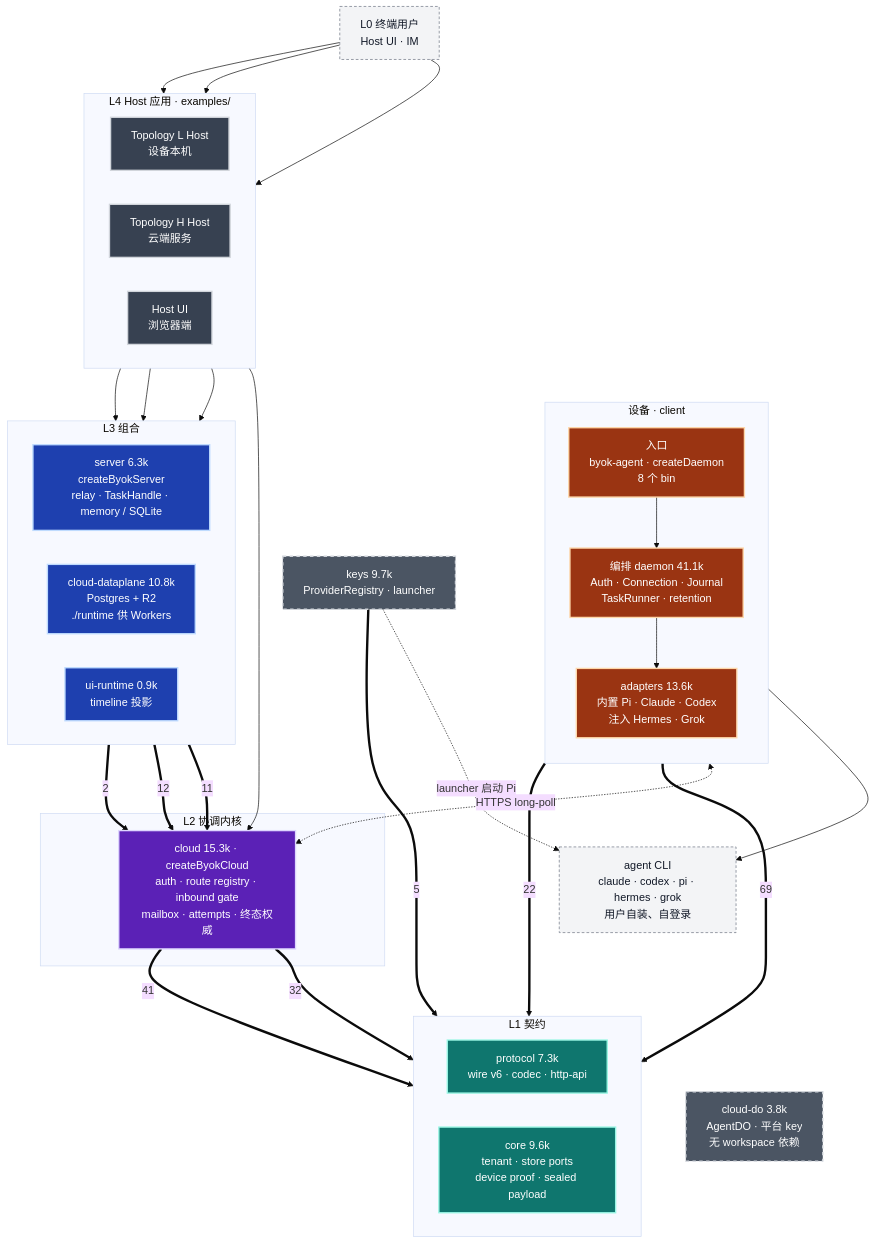
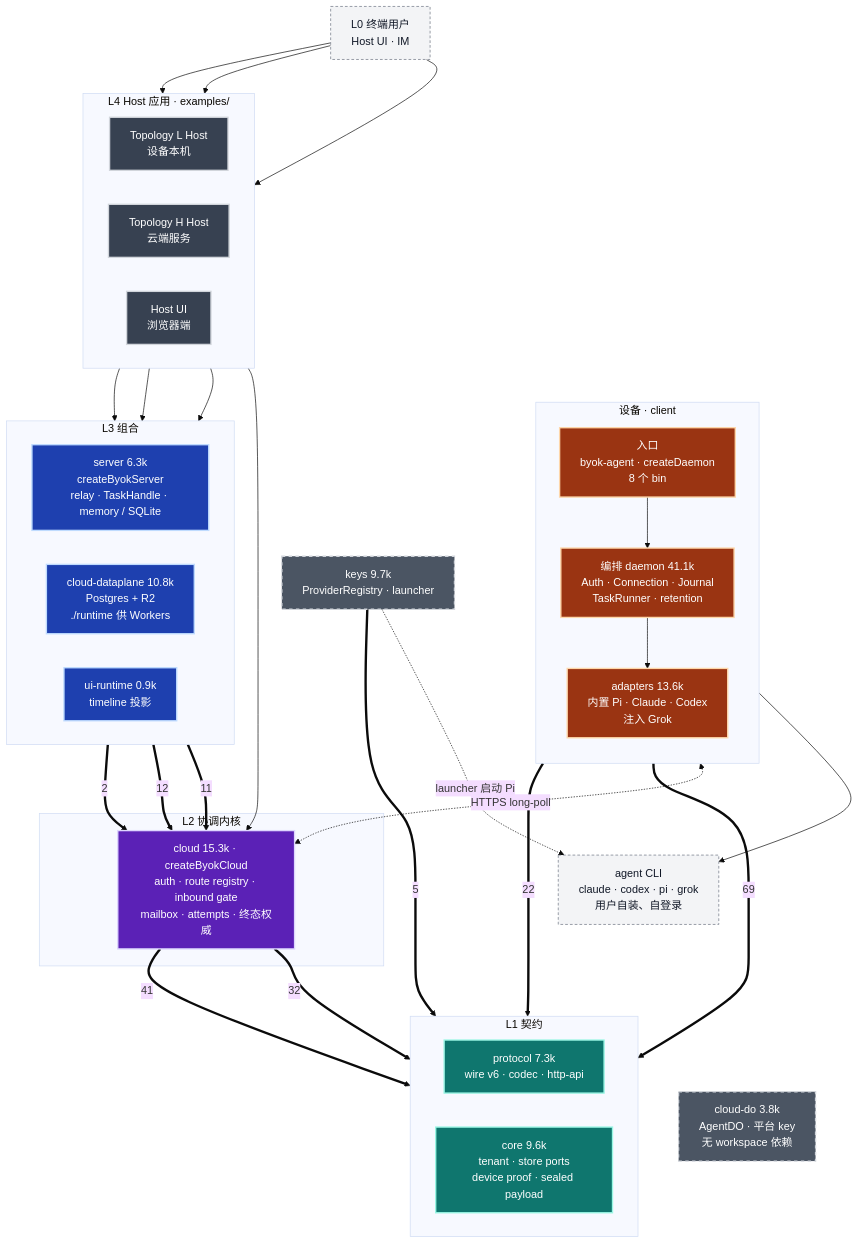
One commit to Ancienttwo/byok-sdk changed the first of 7 diagrams in docs/architecture/layered-architecture.md. Above: the diagram before and after it, drawn with Mermaid (base theme). The commit also changed other lines of this file and 92 other files, not shown here.

````diff
--- a/docs/architecture/layered-architecture.md
+++ b/docs/architecture/layered-architecture.md
@@ -15,69 +15,69 @@
 ```mermaid
 flowchart TB
   classDef ext fill:#f3f4f6,stroke:#6b7280,color:#111827,stroke-dasharray:4 3
   classDef host fill:#374151,stroke:#d1d5db,stroke-width:2px,color:#fff
   classDef compose fill:#1e40af,stroke:#bfdbfe,stroke-width:2px,color:#fff
   classDef kernel fill:#5b21b6,stroke:#ddd6fe,stroke-width:2px,color:#fff
   classDef contract fill:#0f766e,stroke:#99f6e4,stroke-width:2px,color:#fff
   classDef device fill:#9a3412,stroke:#fed7aa,stroke-width:2px,color:#fff
   classDef side fill:#4b5563,stroke:#d1d5db,stroke-width:2px,color:#fff,stroke-dasharray:5 5
 
   User["L0 终端用户<br/>Host UI · IM"]:::ext
 
   subgraph L4["L4 Host 应用 · examples/"]
     direction LR
     HostL["Topology L Host<br/>设备本机"]:::host
     HostH["Topology H Host<br/>云端服务"]:::host
     HostUI["Host UI<br/>浏览器端"]:::host
   end
 
   subgraph L3["L3 组合"]
     direction LR
     Server["server 6.3k<br/>createByokServer<br/>relay · TaskHandle · memory / SQLite"]:::compose
     Dataplane["cloud-dataplane 10.8k<br/>Postgres + R2<br/>./runtime 供 Workers"]:::compose
     UiRuntime["ui-runtime 0.9k<br/>timeline 投影"]:::compose
   end
 
   subgraph L2["L2 协调内核"]
     Cloud["cloud 15.3k · createByokCloud<br/>auth · route registry · inbound gate<br/>mailbox · attempts · 终态权威"]:::kernel
   end
 
   subgraph L1["L1 契约"]
     direction LR
     Protocol["protocol 7.3k<br/>wire v6 · codec · http-api"]:::contract
     Core["core 9.6k<br/>tenant · store ports<br/>device proof · sealed payload"]:::contract
   end
 
   subgraph DEV["设备 · client"]
     direction TB
     DEntry["入口<br/>byok-agent · createDaemon<br/>8 个 bin"]:::device
     DOrch["编排 daemon 41.1k<br/>Auth · Connection · Journal<br/>TaskRunner · retention"]:::device
-    DAdapt["adapters 13.6k<br/>内置 Pi · Claude · Codex<br/>注入 Hermes · Grok"]:::device
+    DAdapt["adapters 13.6k<br/>内置 Pi · Claude · Codex<br/>注入 Grok"]:::device
     DEntry --> DOrch --> DAdapt
   end
 
-  CLIs["agent CLI<br/>claude · codex · pi · hermes · grok<br/>用户自装、自登录"]:::ext
+  CLIs["agent CLI<br/>claude · codex · pi · grok<br/>用户自装、自登录"]:::ext
   Keys["keys 9.7k<br/>ProviderRegistry · launcher"]:::side
   CloudDo["cloud-do 3.8k<br/>AgentDO · 平台 key<br/>无 workspace 依赖"]:::side
 
   User --> HostL
   User --> HostH
   User --> HostUI
   User ~~~ DEntry
   HostL --> Server
   HostH --> Cloud
   HostH --> Dataplane
   HostUI --> UiRuntime
   Server ==>|"11"| Cloud
   Dataplane ==>|"12"| Cloud
   UiRuntime ==>|"2"| Cloud
   Cloud ==>|"32"| Protocol
   Cloud ==>|"41"| Core
   DOrch ==>|"69"| Protocol
   DOrch ==>|"22"| Core
   Keys ==>|"5"| Core
   DAdapt --> CLIs
   Keys -.->|"launcher 启动 Pi"| CLIs
   DOrch <-.->|"HTTPS long-poll"| Cloud
   CLIs ~~~ CloudDo
 ```
````
